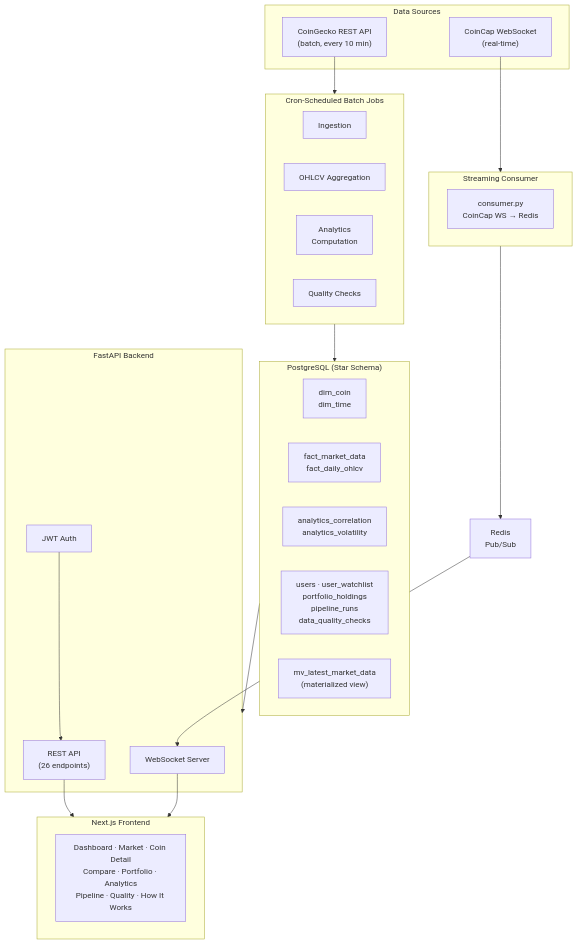
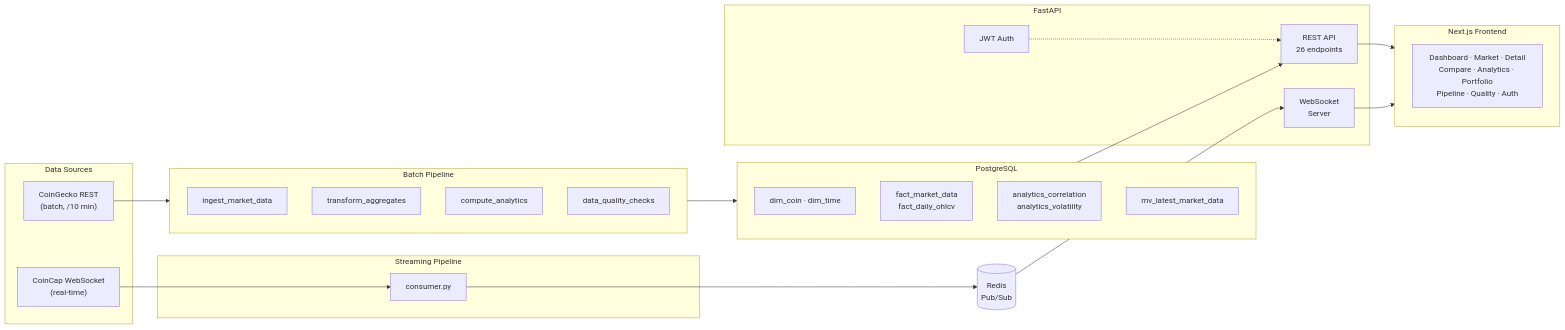
Before and after one commit to deka641/cryptoflow: the first of 3 diagrams in README.md, drawn with Mermaid. The commit also changed other lines of this file and 13 other files, not shown here.

````diff
--- a/README.md
+++ b/README.md
@@ -114,48 +115,47 @@
 ```mermaid
-flowchart TB
+flowchart LR
     subgraph sources["Data Sources"]
-        coingecko["CoinGecko REST API\n(batch, every 10 min)"]
-        coincap["CoinCap WebSocket\n(real-time)"]
+        CG["CoinGecko REST\n(batch, /10 min)"]
+        CC["CoinCap WebSocket\n(real-time)"]
     end
 
-    subgraph batch["Cron-Scheduled Batch Jobs"]
-        ingest["Ingestion"]
-        ohlcv["OHLCV Aggregation"]
-        analytics["Analytics\nComputation"]
-        quality["Quality Checks"]
+    subgraph batch["Batch Pipeline"]
+        B1["ingest_market_data"]
+        B2["transform_aggregates"]
+        B3["compute_analytics"]
+        B4["data_quality_checks"]
     end
 
-    subgraph consumer["Streaming Consumer"]
-        ws_consumer["consumer.py\nCoinCap WS → Redis"]
+    subgraph streaming["Streaming Pipeline"]
+        CON["consumer.py"]
     end
 
-    subgraph db["PostgreSQL (Star Schema)"]
-        dims["dim_coin\ndim_time"]
-        facts["fact_market_data\nfact_daily_ohlcv"]
-        anal["analytics_correlation\nanalytics_volatility"]
-        ops["users · user_watchlist\nportfolio_holdings\npipeline_runs\ndata_quality_checks"]
-        mv["mv_latest_market_data\n(materialized view)"]
+    REDIS[("Redis\nPub/Sub")]
+
+    subgraph db["PostgreSQL"]
+        DIM["dim_coin · dim_time"]
+        FACT["fact_market_data\nfact_daily_ohlcv"]
+        AN["analytics_correlation\nanalytics_volatility"]
+        MV["mv_latest_market_data"]
     end
 
-    redis["Redis\nPub/Sub"]
-
-    subgraph api["FastAPI Backend"]
-        rest["REST API\n(26 endpoints)"]
-        ws_server["WebSocket Server"]
-        auth["JWT Auth"]
+    subgraph api["FastAPI"]
+        REST["REST API\n26 endpoints"]
+        WS["WebSocket\nServer"]
+        AUTH["JWT Auth"]
     end
 
-    subgraph frontend["Next.js Frontend"]
-        pages["Dashboard · Market · Coin Detail\nCompare · Portfolio · Analytics\nPipeline · Quality · How It Works"]
+    subgraph fe["Next.js Frontend"]
+        PAGES["Dashboard · Market · Detail\nCompare · Analytics · Portfolio\nPipeline · Quality · Auth"]
     end
 
-    coingecko --> batch
-    coincap --> consumer
+    CG --> batch
+    CC --> CON
     batch --> db
-    consumer --> redis
-    db --> api
-    redis --> ws_server
-    auth --> rest
-    rest --> frontend
-    ws_server --> frontend
+    CON --> REDIS
+    REDIS --> WS
+    db --> REST
+    AUTH -.-> REST
+    REST --> fe
+    WS --> fe
 ```
````
